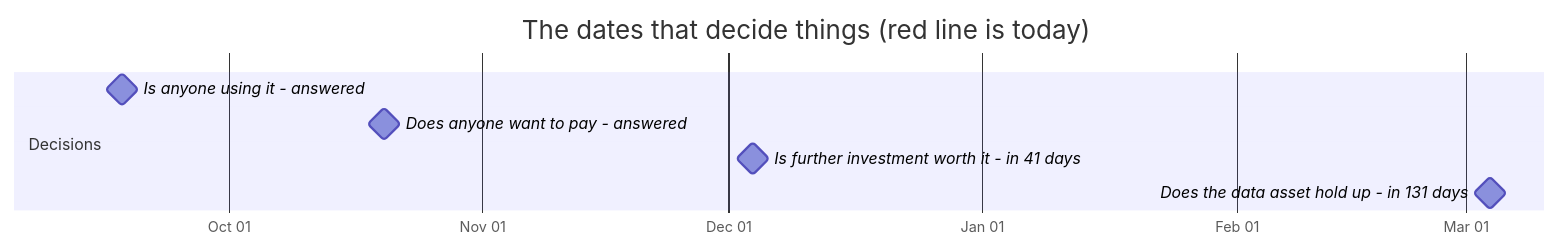
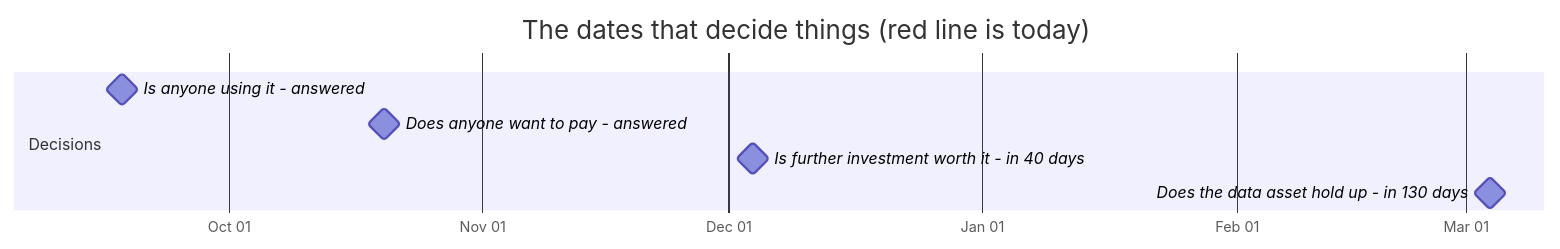
One commit to jakegu1/vetagent changed the first of 2 diagrams in docs/OWNER.md. Above: the diagram before and after it, drawn with Mermaid. The commit also changed other lines of this file and 1 other file, not shown here.

````diff
--- a/docs/OWNER.md
+++ b/docs/OWNER.md
@@ -67,12 +67,12 @@
 ```mermaid
 gantt
     dateFormat YYYY-MM-DD
     axisFormat %b %d
     todayMarker stroke-width:3px,stroke:#d33,stroke-dasharray:0
     title The dates that decide things (red line is today)
     section Decisions
     Is anyone using it - answered :milestone, 2026-09-18, 0d
     Does anyone want to pay - answered :milestone, 2026-10-20, 0d
-    Is further investment worth it - in 41 days :milestone, 2026-12-04, 0d
-    Does the data asset hold up - in 131 days :milestone, 2027-03-04, 0d
+    Is further investment worth it - in 40 days :milestone, 2026-12-04, 0d
+    Does the data asset hold up - in 130 days :milestone, 2027-03-04, 0d
 ```
````
